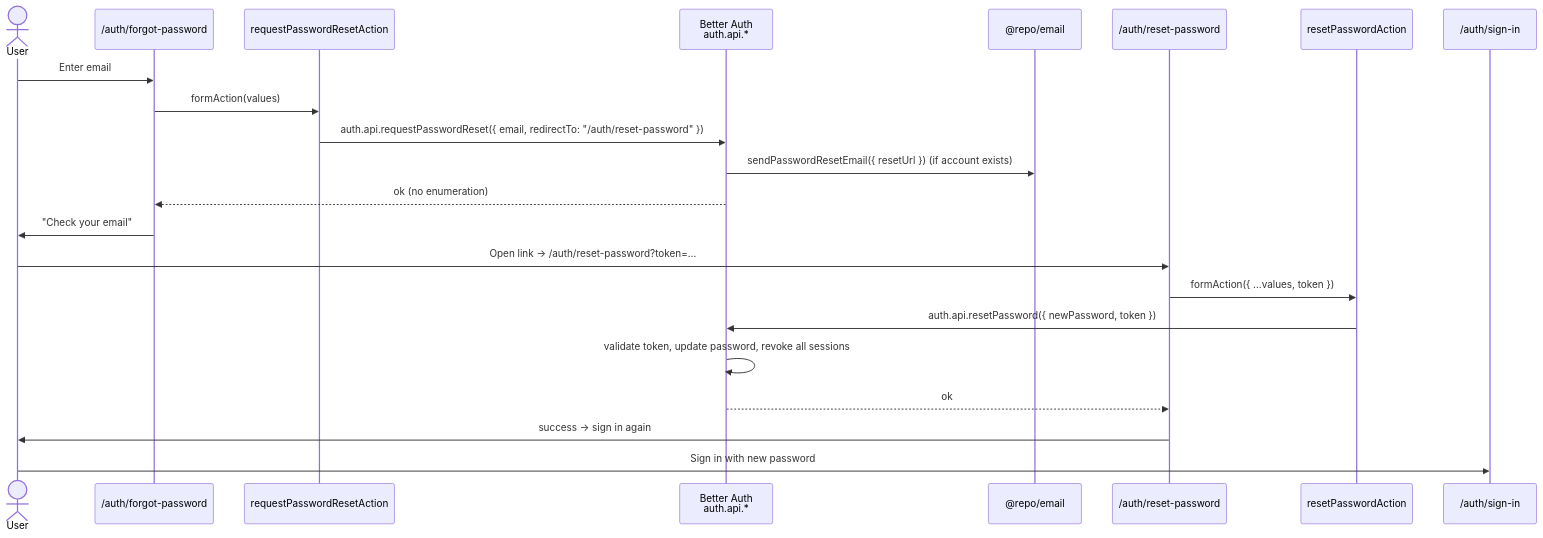
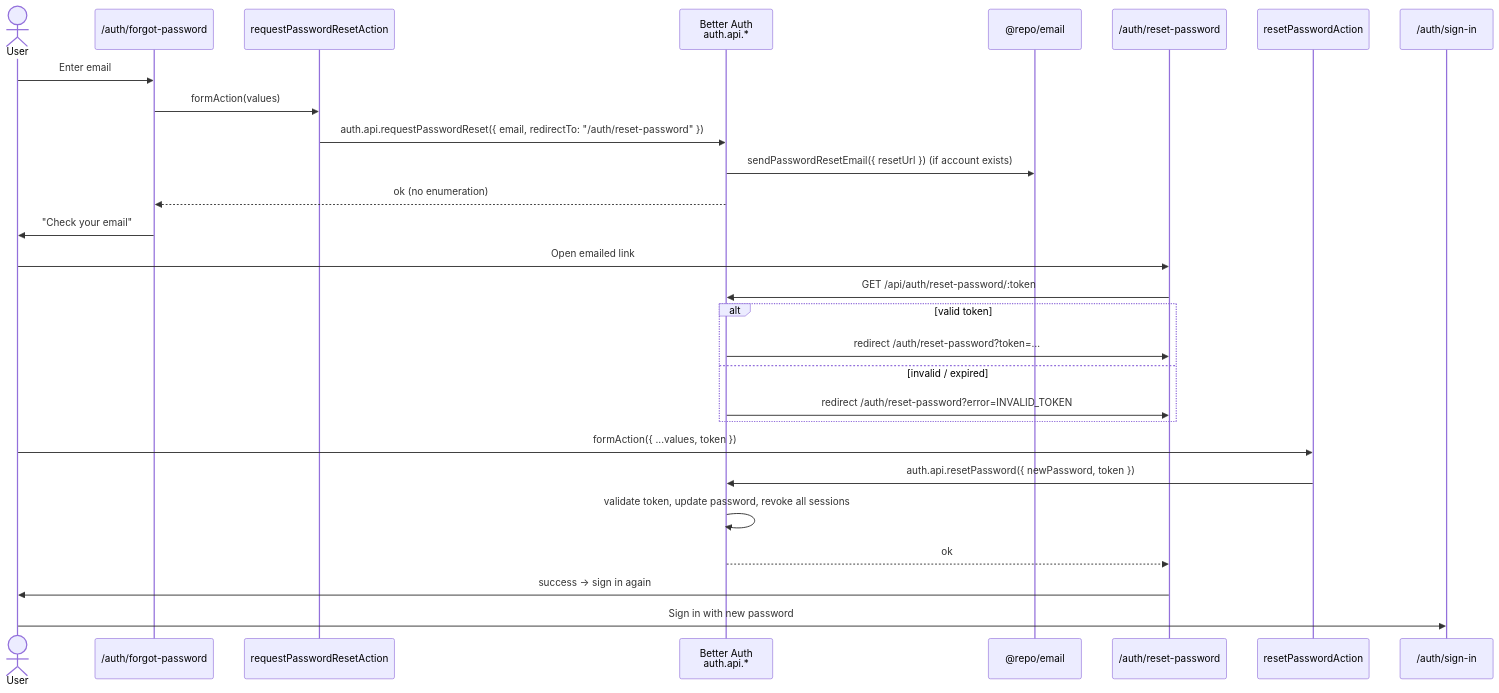
The diagram in docs/content/docs/authentication/password-reset.mdx (saasprokit-com/saasprokit), drawn with Mermaid before and after one commit. The commit also changed other lines of this file and 22 other files, not shown here.

````diff
--- a/docs/content/docs/authentication/password-reset.mdx
+++ b/docs/content/docs/authentication/password-reset.mdx
@@ -81,25 +83,31 @@
 ```mermaid
 sequenceDiagram
     actor User
     participant Forgot as /auth/forgot-password
     participant Request as requestPasswordResetAction
     participant BA as Better Auth<br/>auth.api.*
     participant Email as @repo/email
     participant Reset as /auth/reset-password
     participant ResetAction as resetPasswordAction
     participant SignIn as /auth/sign-in
 
     User->>Forgot: Enter email
     Forgot->>Request: formAction(values)
     Request->>BA: auth.api.requestPasswordReset({ email, redirectTo: "/auth/reset-password" })
     BA->>Email: sendPasswordResetEmail({ resetUrl }) (if account exists)
     BA-->>Forgot: ok (no enumeration)
     Forgot->>User: "Check your email"
-    User->>Reset: Open link → /auth/reset-password?token=…
-    Reset->>ResetAction: formAction({ ...values, token })
+    User->>Reset: Open emailed link
+    Reset->>BA: GET /api/auth/reset-password/:token
+    alt valid token
+        BA->>Reset: redirect /auth/reset-password?token=…
+    else invalid / expired
+        BA->>Reset: redirect /auth/reset-password?error=INVALID_TOKEN
+    end
+    User->>ResetAction: formAction({ ...values, token })
     ResetAction->>BA: auth.api.resetPassword({ newPassword, token })
     BA->>BA: validate token, update password, revoke all sessions
     BA-->>Reset: ok
     Reset->>User: success → sign in again
     User->>SignIn: Sign in with new password
 ```
````
